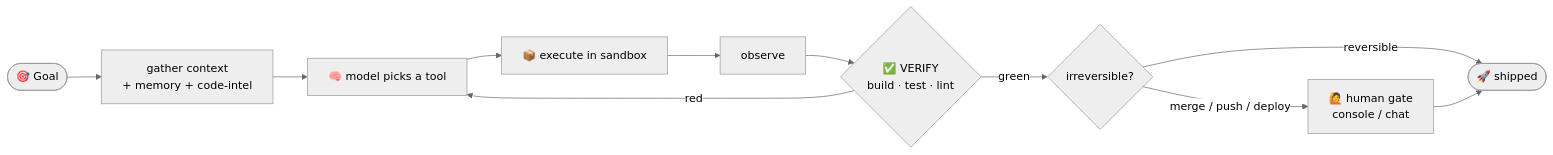
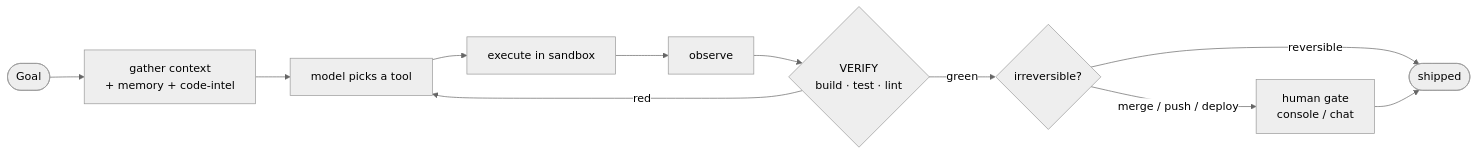
One commit to RNT56/NilCore changed the first of 2 diagrams in README.md. Above: the diagram before and after it, drawn with Mermaid (neutral theme). The commit also changed other lines of this file, not shown here.

````diff
--- a/README.md
+++ b/README.md
@@ -51,13 +51,13 @@
 ```mermaid
 flowchart LR
-    G([🎯 Goal]) --> CTX[gather context<br/>+ memory + code-intel]
-    CTX --> M[🧠 model picks a tool]
-    M --> S[📦 execute in sandbox]
+    G([Goal]) --> CTX[gather context<br/>+ memory + code-intel]
+    CTX --> M[model picks a tool]
+    M --> S[execute in sandbox]
     S --> O[observe]
-    O --> V{✅ VERIFY<br/>build · test · lint}
+    O --> V{VERIFY<br/>build · test · lint}
     V -- red --> M
     V -- green --> GATE{irreversible?}
-    GATE -- reversible --> SHIP([🚀 shipped])
-    GATE -- merge / push / deploy --> HUMAN[🙋 human gate<br/>console / chat]
+    GATE -- reversible --> SHIP([shipped])
+    GATE -- merge / push / deploy --> HUMAN[human gate<br/>console / chat]
     HUMAN --> SHIP
 ```
````
